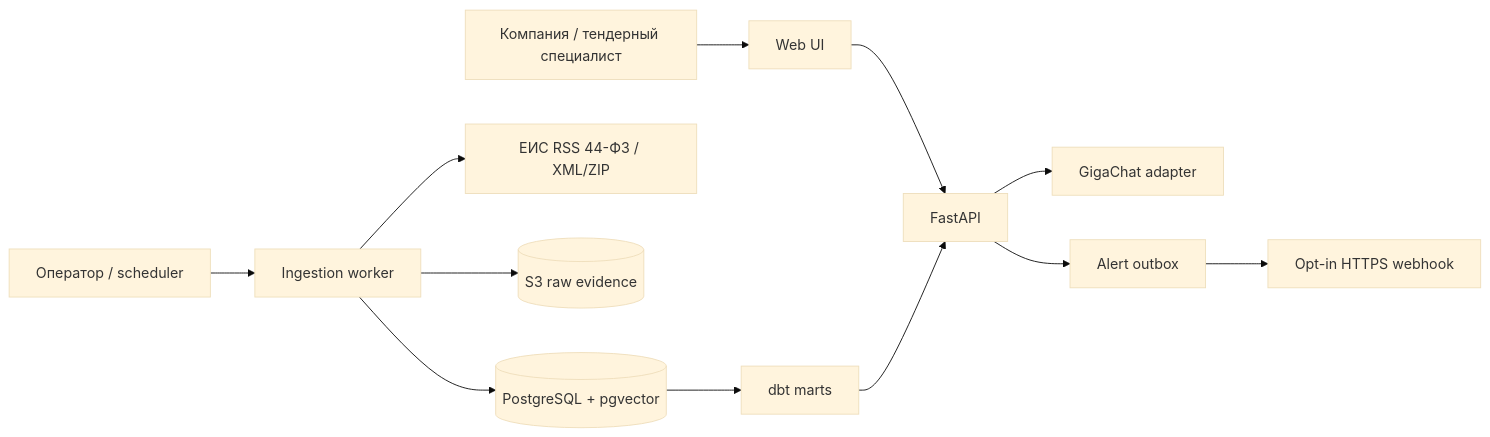
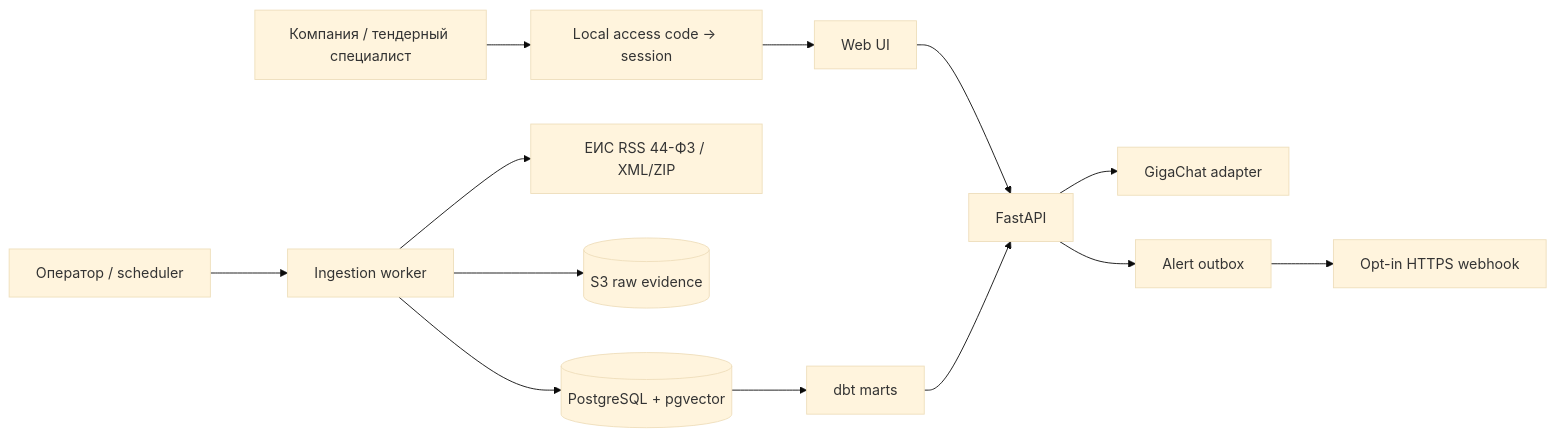
Before and after one commit to TBWTK/TenderPulse: the first of 2 diagrams in docs/ARCHITECTURE.md, drawn with Mermaid (base theme). The commit also changed other lines of this file and 45 other files, not shown here.

````diff
--- a/docs/ARCHITECTURE.md
+++ b/docs/ARCHITECTURE.md
@@ -21,12 +22,12 @@
 ```mermaid
 flowchart LR
-  Company["Компания / тендерный специалист"] --> Web["Web UI"] --> API["FastAPI"]
+  Company["Компания / тендерный специалист"] --> Login["Local access code → session"] --> Web["Web UI"] --> API["FastAPI"]
   Operator["Оператор / scheduler"] --> Worker["Ingestion worker"]
   Worker --> EIS["ЕИС RSS 44-ФЗ / XML/ZIP"]
   Worker --> Raw[("S3 raw evidence")]
   Worker --> DB[("PostgreSQL + pgvector")]
   DB --> DBT["dbt marts"] --> API
   API --> Giga["GigaChat adapter"]
   API --> Alerts["Alert outbox"]
   Alerts --> Hook["Opt-in HTTPS webhook"]
 ```
````
